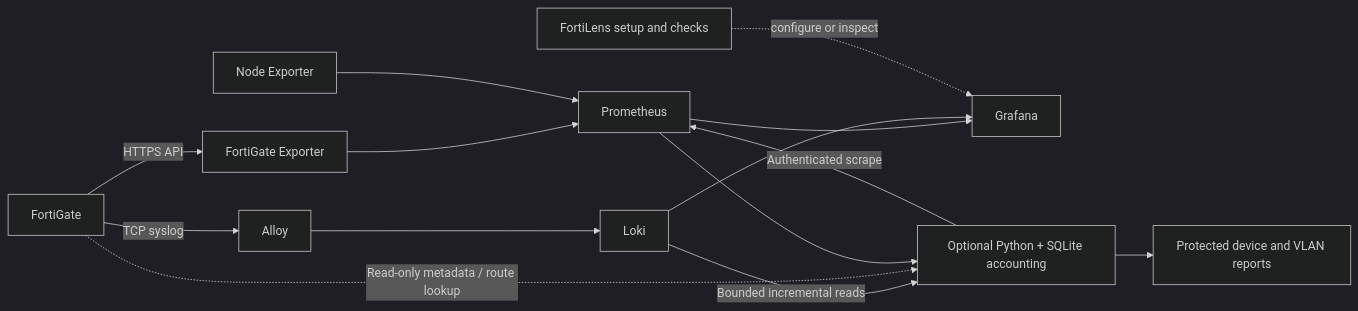
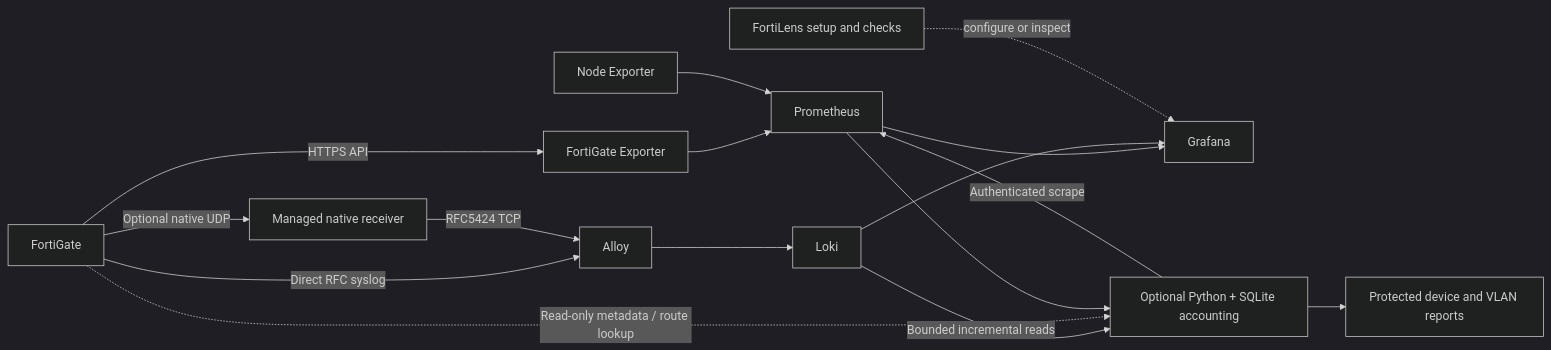
One commit to Rafattitas/fortilens changed the diagram in README.md. Above: the diagram before and after it, drawn with Mermaid (dark theme). The commit also changed other lines of this file and 26 other files, not shown here.

First line of the commit message:
Repair native FortiGate UDP ingestion and explicit monitoring selections

````diff
--- a/README.md
+++ b/README.md
@@ -161,16 +162,18 @@
 ```mermaid
 flowchart LR
   FG[FortiGate] -->|HTTPS API| EX[FortiGate Exporter]
   EX --> PR[Prometheus]
-  FG -->|TCP syslog| AL[Alloy]
+  FG -->|Direct RFC syslog| AL[Alloy]
+  FG -->|Optional native UDP| RX[Managed native receiver]
+  RX -->|RFC5424 TCP| AL
   AL --> LO[Loki]
   NE[Node Exporter] --> PR
   PR --> GR[Grafana]
   LO --> GR
   LO -->|Bounded incremental reads| US[Optional Python + SQLite accounting]
   FG -. Read-only metadata / route lookup .-> US
   PR --> US
   US --> RP[Protected device and VLAN reports]
   US -->|Authenticated scrape| PR
   CLI[FortiLens setup and checks] -. configure or inspect .-> GR
 ```
````
